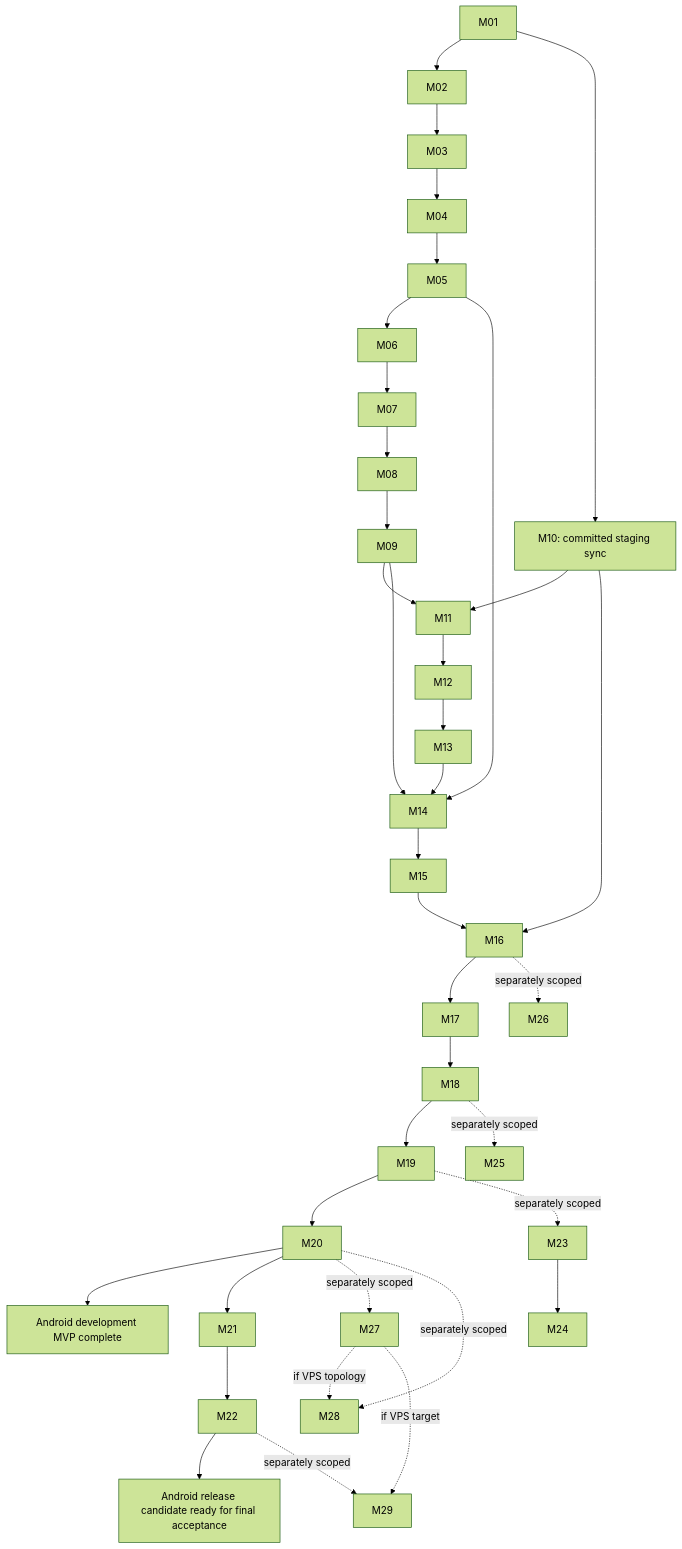
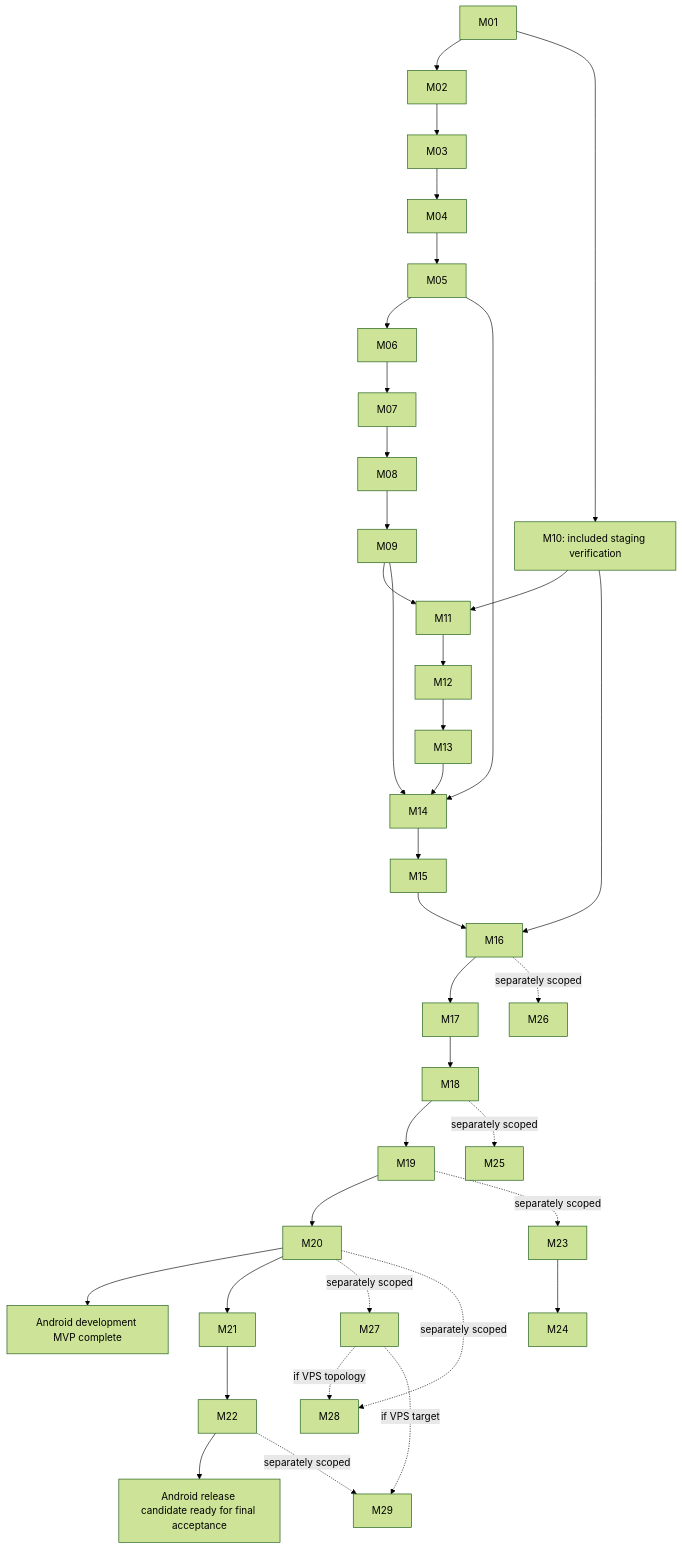
Before and after one commit to JadenChun/nanobot-custom: the diagram in docs/mobile-client-tasks.md, drawn with Mermaid (forest theme). The commit also changed other lines of this file and 2 other files, not shown here.

Commit message:
docs: align mobile handoff with resolved staging baseline

````diff
--- a/docs/mobile-client-tasks.md
+++ b/docs/mobile-client-tasks.md
@@ -91,22 +93,22 @@
 ```mermaid
 flowchart TD
   M01 --> M02 --> M03 --> M04 --> M05
   M05 --> M06 --> M07 --> M08 --> M09
-  M01 --> M10["M10: committed staging sync"]
+  M01 --> M10["M10: included staging verification"]
   M09 --> M11
   M10 --> M11
   M11 --> M12 --> M13 --> M14 --> M15 --> M16 --> M17 --> M18 --> M19 --> M20
   M05 --> M14
   M09 --> M14
   M10 --> M16
   M20 --> DEV["Android development MVP complete"]
   M20 --> M21 --> M22 --> RELEASE["Android release candidate ready for final acceptance"]
   M19 -. separately scoped .-> M23 --> M24
   M18 -. separately scoped .-> M25
   M16 -. separately scoped .-> M26
   M20 -. separately scoped .-> M27
   M20 -. separately scoped .-> M28
   M22 -. separately scoped .-> M29
   M27 -. if VPS topology .-> M28
   M27 -. if VPS target .-> M29
 ```
````
